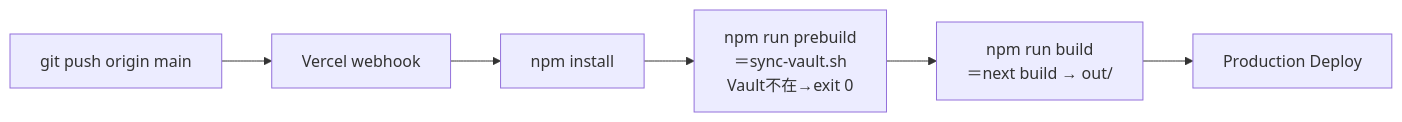
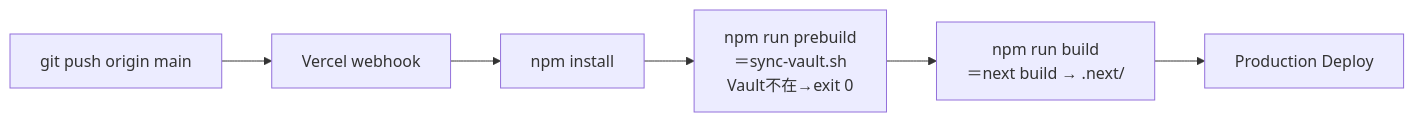
The first of 2 diagrams in VERCEL_DEPLOYMENT.md (baisonhero/study-board), drawn with Mermaid before and after one commit. The commit also changed other lines of this file and 7 other files, not shown here.

````diff
--- a/VERCEL_DEPLOYMENT.md
+++ b/VERCEL_DEPLOYMENT.md
@@ -179,8 +205,8 @@
 ```mermaid
 flowchart LR
     A[git push origin main] --> B[Vercel webhook]
     B --> C[npm install]
     C --> D[npm run prebuild<br/>＝sync-vault.sh<br/>Vault不在→exit 0]
-    D --> E[npm run build<br/>＝next build → out/]
+    D --> E[npm run build<br/>＝next build → .next/]
     E --> F[Production Deploy]
 ```
````
